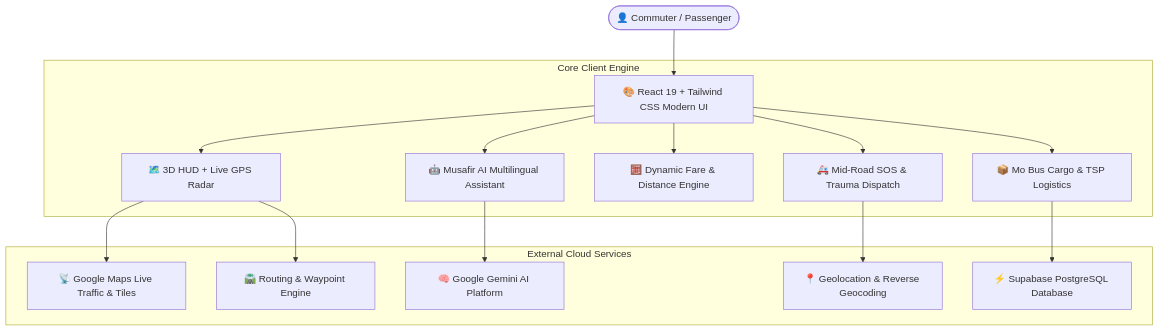
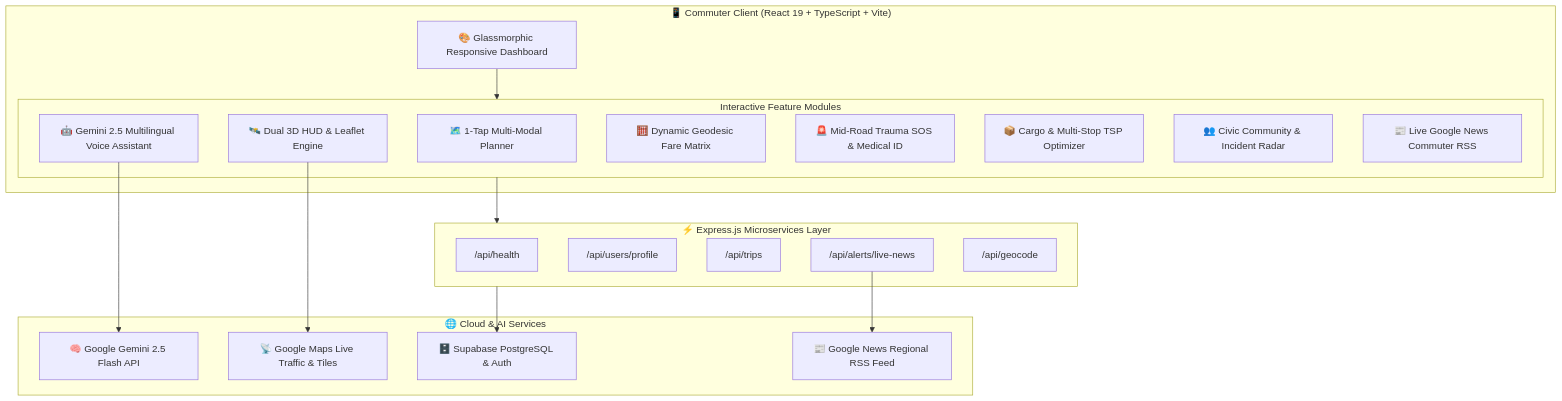
Before and after one commit to avijiitt/msfr-app-for-hackathon: the diagram in README.md, drawn with Mermaid. The commit also changed other lines of this file and 11 other files, not shown here.

````diff
--- a/README.md
+++ b/README.md
@@ -87,20 +139,38 @@
 ```mermaid
-graph TD
-    User([👤 Commuter / Passenger]) --> UI[🎨 React 19 + Tailwind CSS Modern UI]
-    
-    subgraph "Core Client Engine"
-        UI --> Map[🗺️ 3D HUD + Live GPS Radar]
-        UI --> AI[🤖 Musafir AI Multilingual Assistant]
-        UI --> Fare[🧮 Dynamic Fare & Distance Engine]
-        UI --> Safety[🚑 Mid-Road SOS & Trauma Dispatch]
-        UI --> Cargo[📦 Mo Bus Cargo & TSP Logistics]
+flowchart TB
+    subgraph Client["📱 Commuter Client (React 19 + TypeScript + Vite)"]
+        UI["🎨 Glassmorphic Responsive Dashboard"]
+        subgraph Modules["Interactive Feature Modules"]
+            Planner["🗺️ 1-Tap Multi-Modal Planner"]
+            MapEngine["🛰️ Dual 3D HUD & Leaflet Engine"]
+            AICopilot["🤖 Gemini 2.5 Multilingual Voice Assistant"]
+            FareCalc["🧮 Dynamic Geodesic Fare Matrix"]
+            SafetySOS["🚨 Mid-Road Trauma SOS & Medical ID"]
+            LogisticsTSP["📦 Cargo & Multi-Stop TSP Optimizer"]
+            CivicHub["👥 Civic Community & Incident Radar"]
+            NewsFeed["📰 Live Google News Commuter RSS"]
+        end
+        UI --> Modules
     end
-    
-    subgraph "External Cloud Services"
-        Map --> GoogleMaps[📡 Google Maps Live Traffic & Tiles]
-        Map --> OlaRouting[🛣️ Routing & Waypoint Engine]
-        AI --> Gemini[🧠 Google Gemini AI Platform]
-        Safety --> GeoService[📍 Geolocation & Reverse Geocoding]
-        Cargo --> Supabase[⚡ Supabase PostgreSQL Database]
+
+    subgraph Backend["⚡ Express.js Microservices Layer"]
+        HealthAPI["/api/health"]
+        ProfileAPI["/api/users/profile"]
+        TripsAPI["/api/trips"]
+        NewsAPI["/api/alerts/live-news"]
+        GeocodeAPI["/api/geocode"]
     end
+
+    subgraph External["🌐 Cloud & AI Services"]
+        Gemini["🧠 Google Gemini 2.5 Flash API"]
+        GoogleMaps["📡 Google Maps Live Traffic & Tiles"]
+        Supabase["🗄️ Supabase PostgreSQL & Auth"]
+        GovNews["📰 Google News Regional RSS Feed"]
+    end
+
+    Modules --> Backend
+    AICopilot --> Gemini
+    MapEngine --> GoogleMaps
+    Backend --> Supabase
+    NewsAPI --> GovNews
 ```
````
